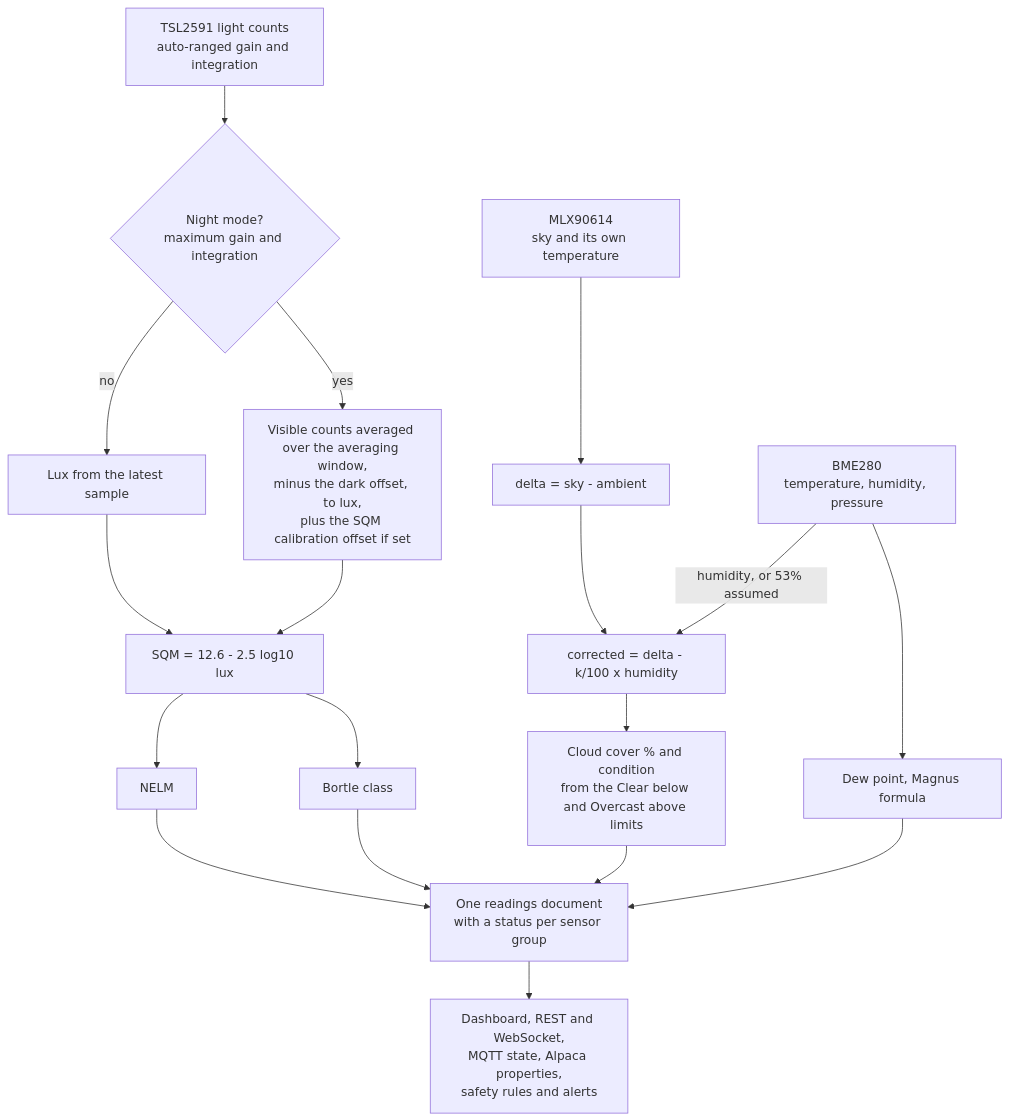
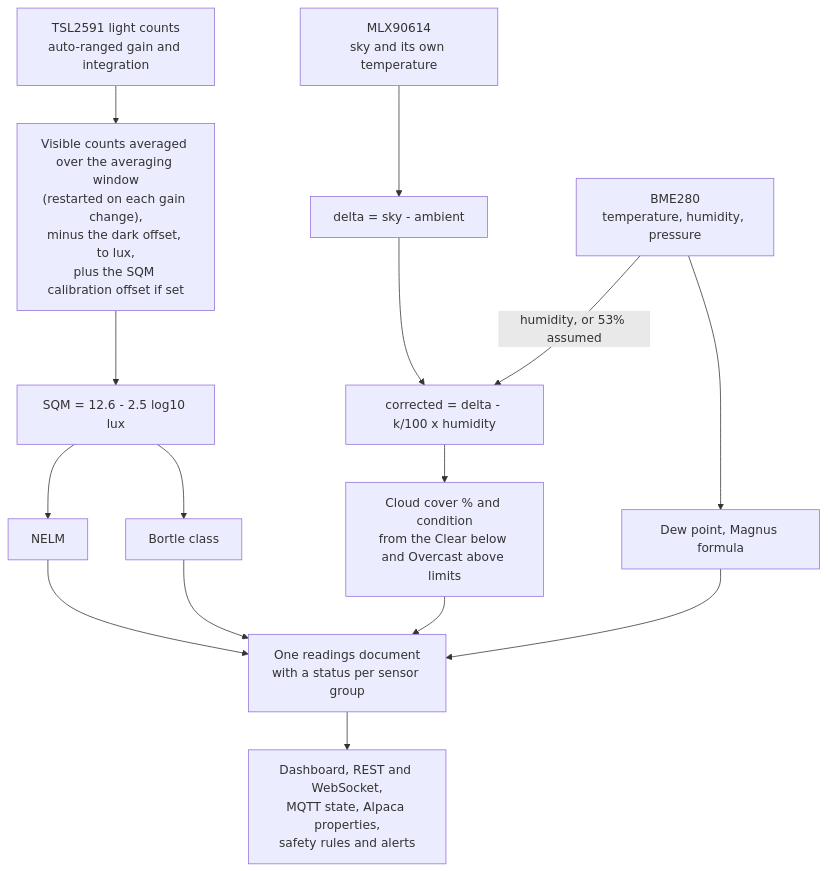
Before and after one commit to DeanJ87/SQMeter: the diagram in docs/reference/sky-quality.md, drawn with Mermaid. The commit also changed other lines of this file and 20 other files, not shown here.

````diff
--- a/docs/reference/sky-quality.md
+++ b/docs/reference/sky-quality.md
@@ -12,22 +12,19 @@
 ```mermaid
 flowchart TB
     accTitle: From sensor readings to the readings document
     accDescr: Light counts become lux, then SQM, NELM and Bortle. The IR sky minus ambient temperature, corrected for humidity, becomes cloud cover. Temperature and humidity give the dew point. Everything goes into one readings document that the dashboard, REST, WebSocket, MQTT, Alpaca and the safety rules all use.
-    TSL["TSL2591 light counts<br/>auto-ranged gain and integration"] --> NIGHT{"Night mode?<br/>maximum gain and integration"}
-    NIGHT -->|no| LUXNOW["Lux from the latest sample"]
-    NIGHT -->|yes| LUXAVG["Visible counts averaged over the averaging window,<br/>minus the dark offset, to lux,<br/>plus the SQM calibration offset if set"]
-    LUXNOW --> SQM["SQM = 12.6 - 2.5 log10 lux"]
-    LUXAVG --> SQM
+    TSL["TSL2591 light counts<br/>auto-ranged gain and integration"] --> LUXAVG["Visible counts averaged over the averaging window<br/>(restarted on each gain change),<br/>minus the dark offset, to lux,<br/>plus the SQM calibration offset if set"]
+    LUXAVG --> SQM["SQM = 12.6 - 2.5 log10 lux"]
     SQM --> NELM["NELM"]
     SQM --> BORTLE["Bortle class"]
     MLX["MLX90614<br/>sky and its own temperature"] --> DELTA["delta = sky - ambient"]
     BME["BME280<br/>temperature, humidity, pressure"] -->|humidity, or 53% assumed| CORR
     DELTA --> CORR["corrected = delta - k/100 x humidity"]
     CORR --> CLOUD["Cloud cover % and condition<br/>from the Clear below and Overcast above limits"]
     BME --> DEW["Dew point, Magnus formula"]
     NELM --> DOC
     BORTLE --> DOC
     CLOUD --> DOC
     DEW --> DOC
     DOC["One readings document<br/>with a status per sensor group"] --> OUT["Dashboard, REST and WebSocket,<br/>MQTT state, Alpaca properties,<br/>safety rules and alerts"]
 ```
````
